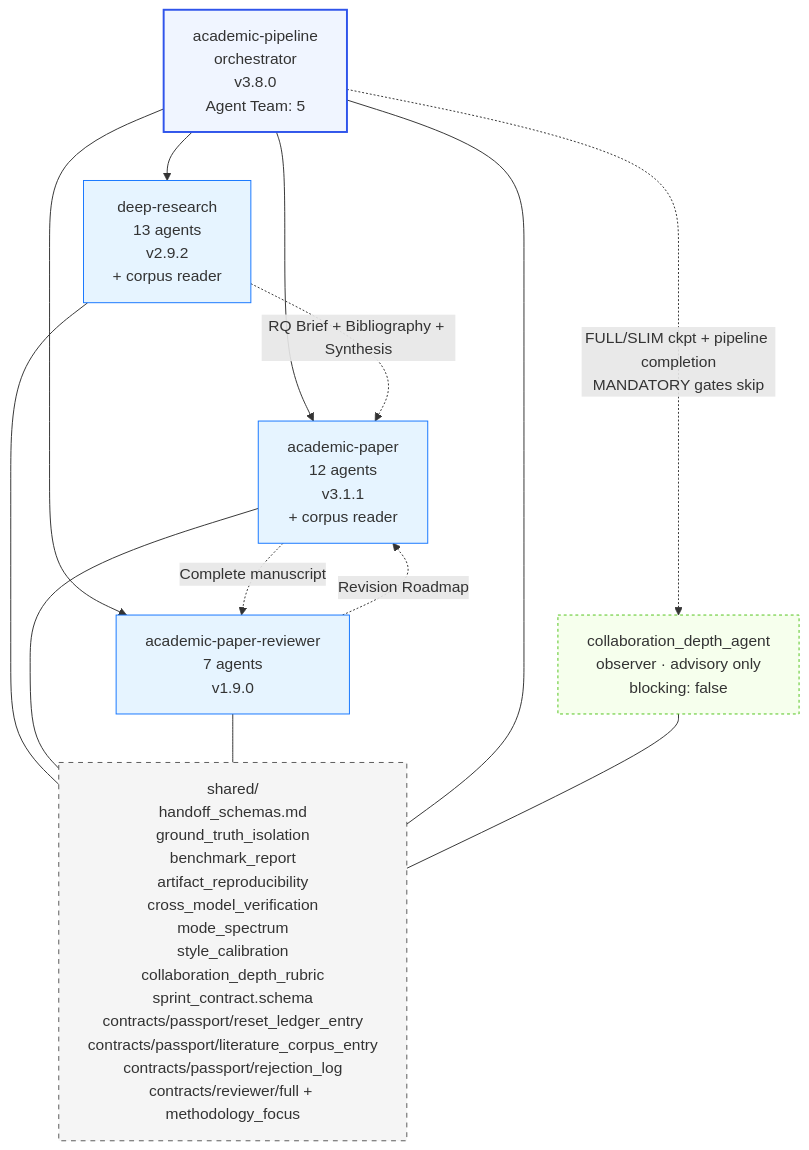
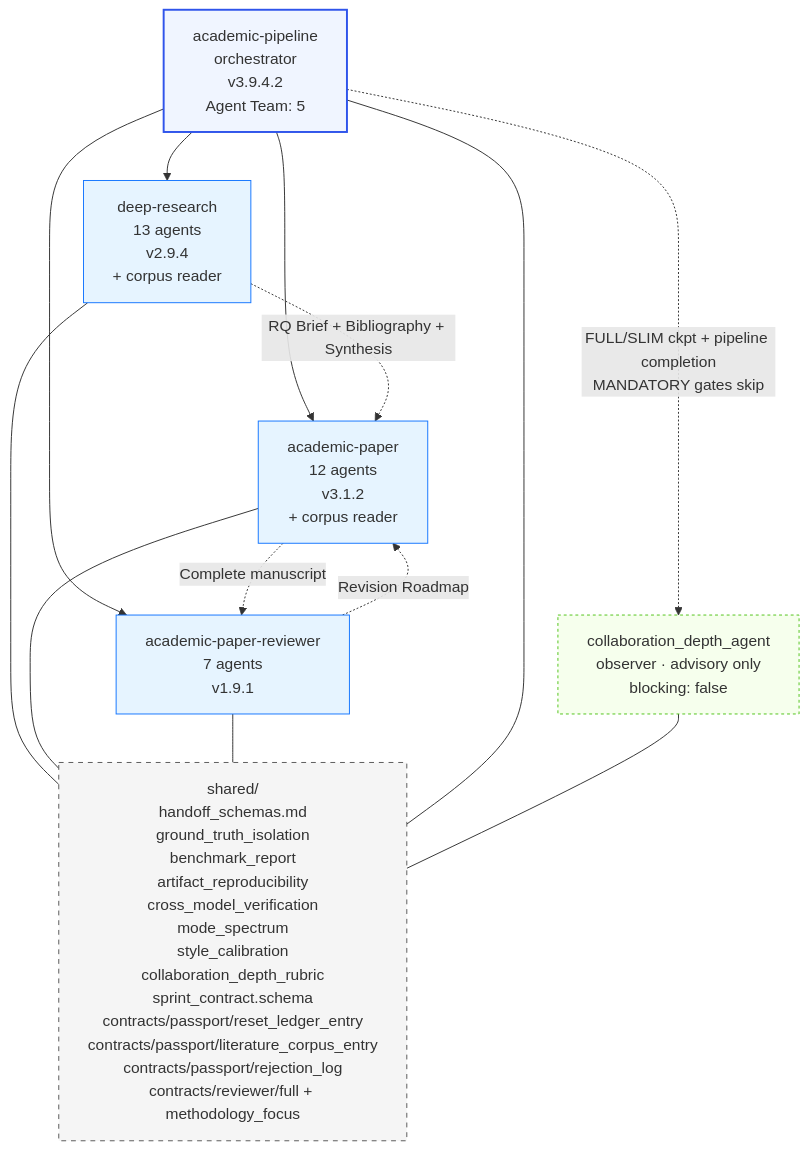
Before and after one commit to Imbad0202/academic-research-skills: the fourth of 5 diagrams in docs/ARCHITECTURE.md, drawn with Mermaid. The commit also changed other lines of this file, not shown here.

First line of the commit message:
fix(docs): align ARCHITECTURE.md skill versions with current frontmatter

````diff
--- a/docs/ARCHITECTURE.md
+++ b/docs/ARCHITECTURE.md
@@ -201,31 +201,31 @@
 ```mermaid
 graph TD
-    Pipeline[academic-pipeline<br/>orchestrator<br/>v3.8.0<br/>Agent Team: 5]
+    Pipeline[academic-pipeline<br/>orchestrator<br/>v3.9.4.2<br/>Agent Team: 5]
     Observer[collaboration_depth_agent<br/>observer · advisory only<br/>blocking: false]
-    DR[deep-research<br/>13 agents<br/>v2.9.2<br/>+ corpus reader]
-    AP[academic-paper<br/>12 agents<br/>v3.1.1<br/>+ corpus reader]
-    APR[academic-paper-reviewer<br/>7 agents<br/>v1.9.0]
+    DR[deep-research<br/>13 agents<br/>v2.9.4<br/>+ corpus reader]
+    AP[academic-paper<br/>12 agents<br/>v3.1.2<br/>+ corpus reader]
+    APR[academic-paper-reviewer<br/>7 agents<br/>v1.9.1]
     Shared[shared/<br/>handoff_schemas.md<br/>ground_truth_isolation<br/>benchmark_report<br/>artifact_reproducibility<br/>cross_model_verification<br/>mode_spectrum<br/>style_calibration<br/>collaboration_depth_rubric<br/>sprint_contract.schema<br/>contracts/passport/reset_ledger_entry<br/>contracts/passport/literature_corpus_entry<br/>contracts/passport/rejection_log<br/>contracts/reviewer/full + methodology_focus]
 
     Pipeline --> DR
     Pipeline --> AP
     Pipeline --> APR
     Pipeline -. "FULL/SLIM ckpt + pipeline completion<br/>MANDATORY gates skip" .-> Observer
     DR -. "RQ Brief + Bibliography + Synthesis" .-> AP
     AP -. "Complete manuscript" .-> APR
     APR -. "Revision Roadmap" .-> AP
     DR --- Shared
     AP --- Shared
     APR --- Shared
     Pipeline --- Shared
     Observer --- Shared
 
     classDef orch fill:#f0f5ff,stroke:#2f54eb,stroke-width:2px
     classDef skill fill:#e6f4ff,stroke:#1677ff
     classDef shared fill:#f5f5f5,stroke:#595959,stroke-dasharray:5 5
     classDef observer fill:#f6ffed,stroke:#52c41a,stroke-dasharray:3 3
     class Pipeline orch
     class DR,AP,APR skill
     class Shared shared
     class Observer observer
 ```
````
